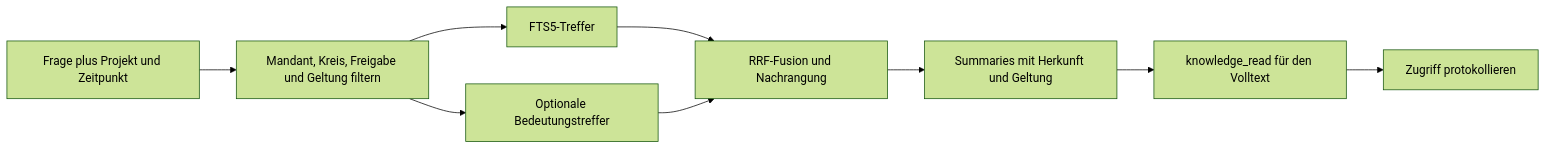
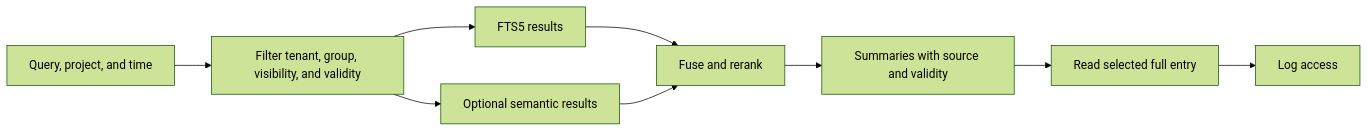
Before and after one commit to 3lehr/brainlehr: the second of 2 diagrams in README.md, drawn with Mermaid (forest theme). The commit also changed other lines of this file and 1 other file, not shown here.

````diff
--- a/README.md
+++ b/README.md
@@ -44,11 +42,11 @@
 ```mermaid
 flowchart LR
-    A["Frage plus Projekt und Zeitpunkt"] --> B["Mandant, Kreis, Freigabe und Geltung filtern"]
-    B --> C["FTS5-Treffer"]
-    B --> D["Optionale Bedeutungstreffer"]
-    C --> E["RRF-Fusion und Nachrangung"]
+    A["Query, project, and time"] --> B["Filter tenant, group, visibility, and validity"]
+    B --> C["FTS5 results"]
+    B --> D["Optional semantic results"]
+    C --> E["Fuse and rerank"]
     D --> E
-    E --> F["Summaries mit Herkunft und Geltung"]
-    F --> G["knowledge_read für den Volltext"]
-    G --> H["Zugriff protokollieren"]
+    E --> F["Summaries with source and validity"]
+    F --> G["Read selected full entry"]
+    G --> H["Log access"]
 ```
````
